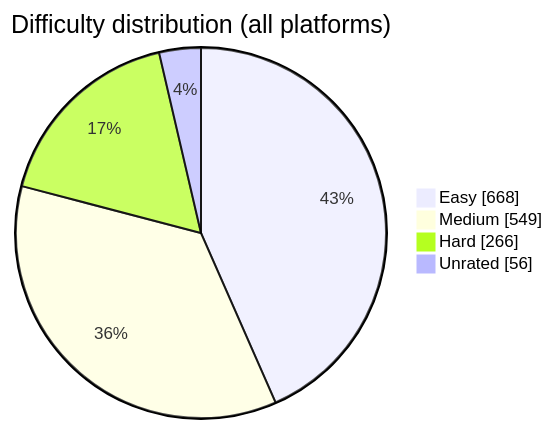
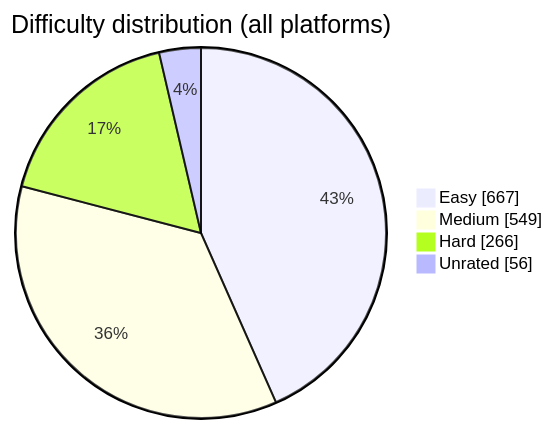
The diagram in README.md (BuildbyArindam/Daily-Coding-Log), drawn with Mermaid before and after one commit. The commit also changed other lines of this file, not shown here.

````diff
--- a/README.md
+++ b/README.md
@@ -93,7 +93,7 @@
 ```mermaid
 pie showData title Difficulty distribution (all platforms)
-    "Easy" : 668
+    "Easy" : 667
     "Medium" : 549
     "Hard" : 266
     "Unrated" : 56
 ```
````
